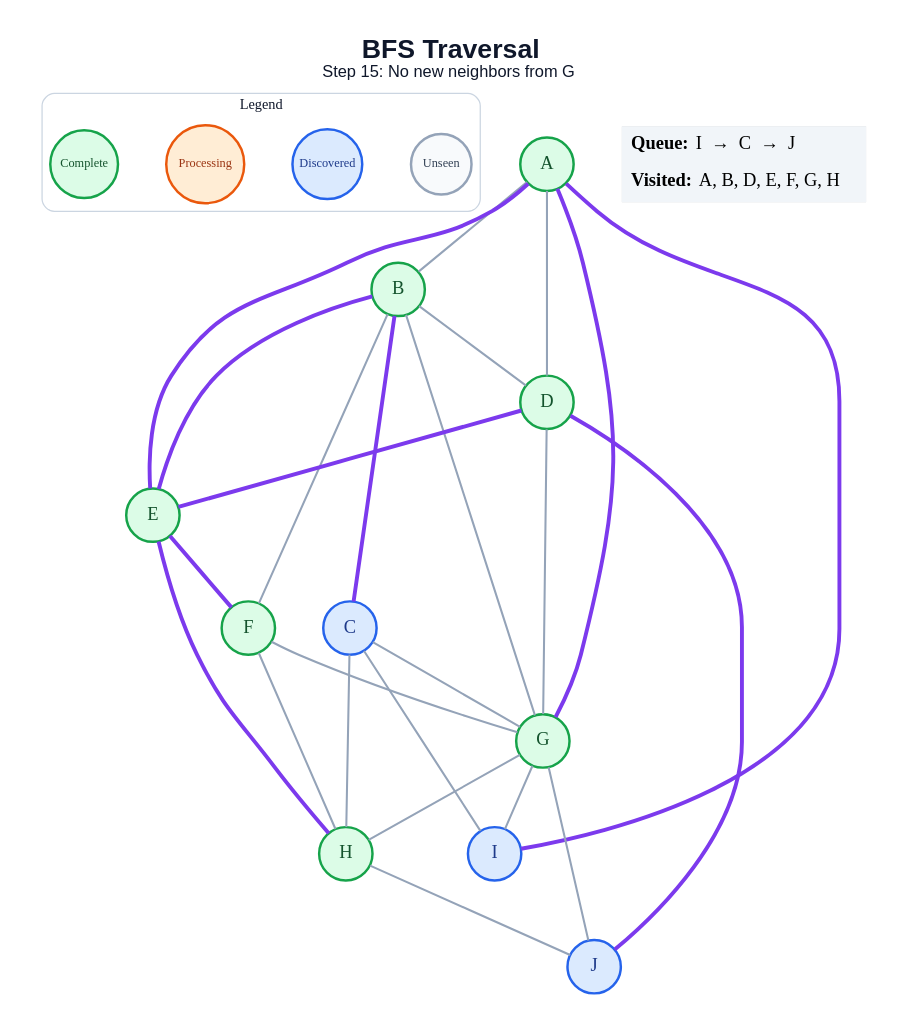
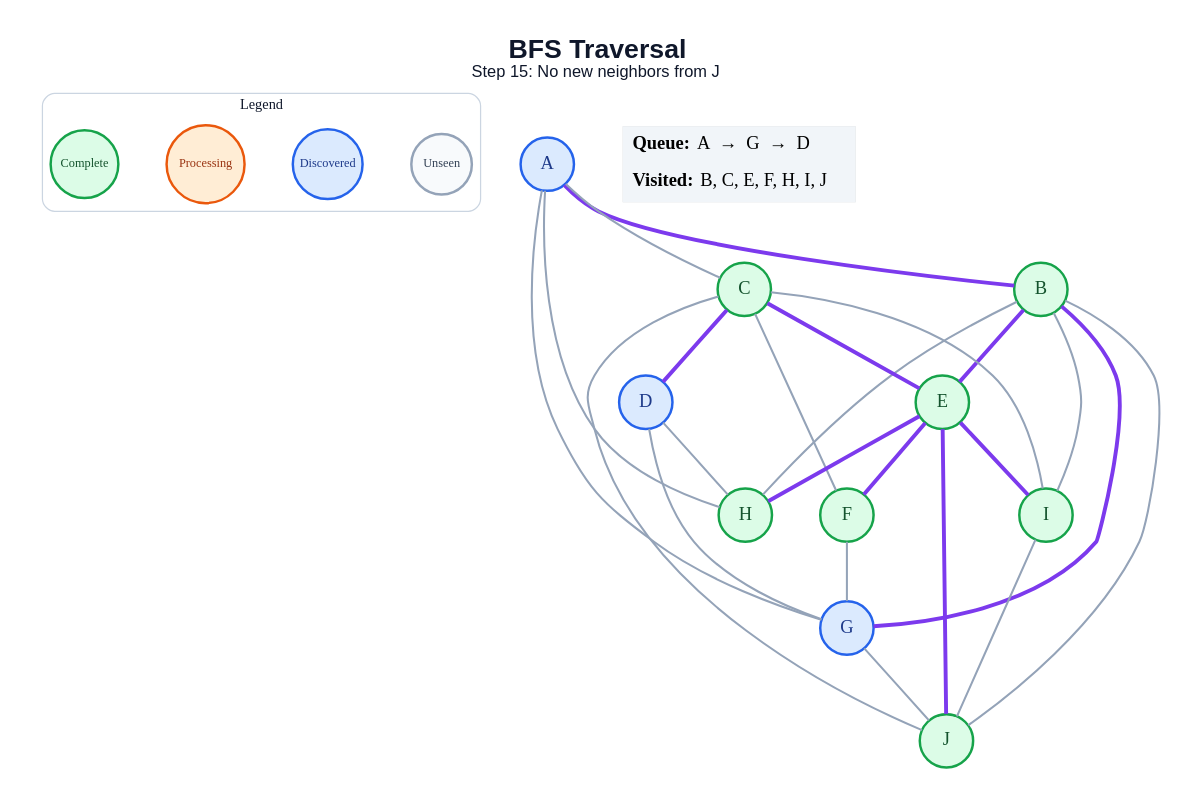
Before and after one commit to amanghodawala9/ai-slop: the diagram in generated/specific-node/bfs/step_15.dot, drawn with Graphviz. The commit also changed 178 other files, not shown here.

```diff
--- a/generated/specific-node/bfs/step_15.dot
+++ b/generated/specific-node/bfs/step_15.dot
@@ -1,53 +1,52 @@
 graph traversal {
   graph [layout=dot, rankdir=TB, bgcolor="#FFFFFF", pad="0.35", nodesep="0.65", ranksep="0.8", fontname="Arial"];
   node [shape=circle, style="filled", fontname="Arial Bold", fontsize=18, width=0.72, fixedsize=true, penwidth=2.4];
   edge [color="#94A3B8", penwidth=2.0];
-  label=<<B>BFS Traversal</B><BR/><FONT POINT-SIZE="16">Step 15: No new neighbors from G</FONT>>; labelloc="t"; fontsize=26; fontname="Arial"; fontcolor="#0F172A";
+  label=<<B>BFS Traversal</B><BR/><FONT POINT-SIZE="16">Step 15: No new neighbors from J</FONT>>; labelloc="t"; fontsize=26; fontname="Arial"; fontcolor="#0F172A";
   subgraph cluster_legend { label="Legend"; color="#CBD5E1"; penwidth=1.2; style="rounded"; fontsize=14; fontname="Arial Bold";
     key_unseen [label="Unseen", fillcolor="#F8FAFC", color="#94A3B8", fontcolor="#334155", fontsize=12, width=0.82];
     key_frontier [label="Discovered", fillcolor="#DBEAFE", color="#2563EB", fontcolor="#1E3A8A", fontsize=12, width=0.95];
     key_current [label="Processing", fillcolor="#FFEDD5", color="#EA580C", fontcolor="#9A3412", fontsize=12, width=1.05];
     key_done [label="Complete", fillcolor="#DCFCE7", color="#16A34A", fontcolor="#14532D", fontsize=12, width=0.92];
     { rank=same; key_unseen; key_frontier; key_current; key_done; }
   }
-  A [fillcolor="#DCFCE7", color="#16A34A", fontcolor="#14532D"];
+  A [fillcolor="#DBEAFE", color="#2563EB", fontcolor="#1E3A8A"];
   B [fillcolor="#DCFCE7", color="#16A34A", fontcolor="#14532D"];
-  C [fillcolor="#DBEAFE", color="#2563EB", fontcolor="#1E3A8A"];
-  D [fillcolor="#DCFCE7", color="#16A34A", fontcolor="#14532D"];
+  C [fillcolor="#DCFCE7", color="#16A34A", fontcolor="#14532D"];
+  D [fillcolor="#DBEAFE", color="#2563EB", fontcolor="#1E3A8A"];
   E [fillcolor="#DCFCE7", color="#16A34A", fontcolor="#14532D"];
   F [fillcolor="#DCFCE7", color="#16A34A", fontcolor="#14532D"];
-  G [fillcolor="#DCFCE7", color="#16A34A", fontcolor="#14532D"];
+  G [fillcolor="#DBEAFE", color="#2563EB", fontcolor="#1E3A8A"];
   H [fillcolor="#DCFCE7", color="#16A34A", fontcolor="#14532D"];
-  I [fillcolor="#DBEAFE", color="#2563EB", fontcolor="#1E3A8A"];
-  J [fillcolor="#DBEAFE", color="#2563EB", fontcolor="#1E3A8A"];
-  A -- B;
-  A -- D;
-  A -- E [color="#7C3AED", penwidth=3.8];
-  A -- G [color="#7C3AED", penwidth=3.8];
-  A -- I [color="#7C3AED", penwidth=3.8];
-  B -- C [color="#7C3AED", penwidth=3.8];
-  B -- D;
+  I [fillcolor="#DCFCE7", color="#16A34A", fontcolor="#14532D"];
+  J [fillcolor="#DCFCE7", color="#16A34A", fontcolor="#14532D"];
+  A -- B [color="#7C3AED", penwidth=3.8];
+  A -- C;
+  A -- G;
+  A -- H;
   B -- E [color="#7C3AED", penwidth=3.8];
-  B -- F;
-  B -- G;
-  C -- G;
-  C -- H;
+  B -- G [color="#7C3AED", penwidth=3.8];
+  B -- H;
+  B -- I;
+  B -- J;
+  C -- D [color="#7C3AED", penwidth=3.8];
+  C -- E [color="#7C3AED", penwidth=3.8];
+  C -- F;
   C -- I;
-  D -- E [color="#7C3AED", penwidth=3.8];
+  C -- J;
   D -- G;
-  D -- J [color="#7C3AED", penwidth=3.8];
+  D -- H;
   E -- F [color="#7C3AED", penwidth=3.8];
   E -- H [color="#7C3AED", penwidth=3.8];
+  E -- I [color="#7C3AED", penwidth=3.8];
+  E -- J [color="#7C3AED", penwidth=3.8];
   F -- G;
-  F -- H;
-  G -- H;
-  G -- I;
   G -- J;
-  H -- J;
+  I -- J;
   status [shape=plain, fixedsize=false, width=0, height=0, margin=0, label=<
     <TABLE BORDER="0" CELLBORDER="0" CELLPADDING="7" BGCOLOR="#F1F5F9">
-      <TR><TD ALIGN="LEFT"><B>Queue:</B> I  →  C  →  J</TD></TR>
-      <TR><TD ALIGN="LEFT"><B>Visited:</B> A, B, D, E, F, G, H</TD></TR>
+      <TR><TD ALIGN="LEFT"><B>Queue:</B> A  →  G  →  D</TD></TR>
+      <TR><TD ALIGN="LEFT"><B>Visited:</B> B, C, E, F, H, I, J</TD></TR>
     </TABLE>
   >];
 }
```
